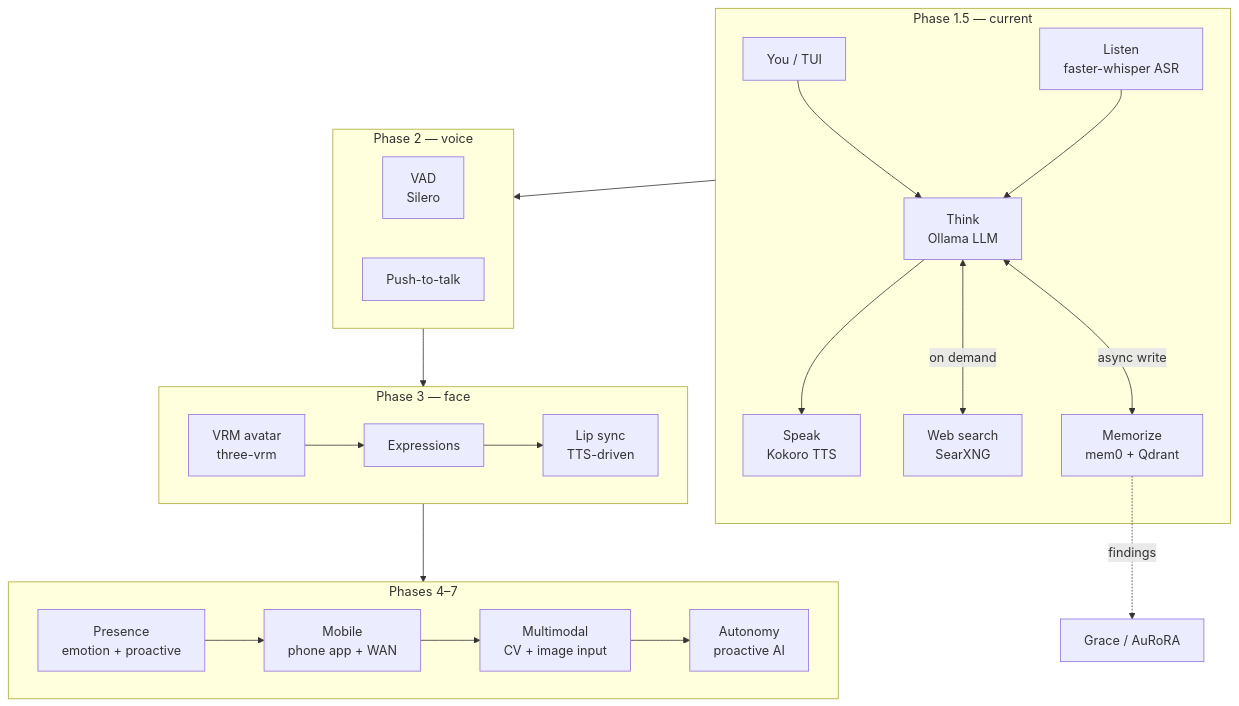
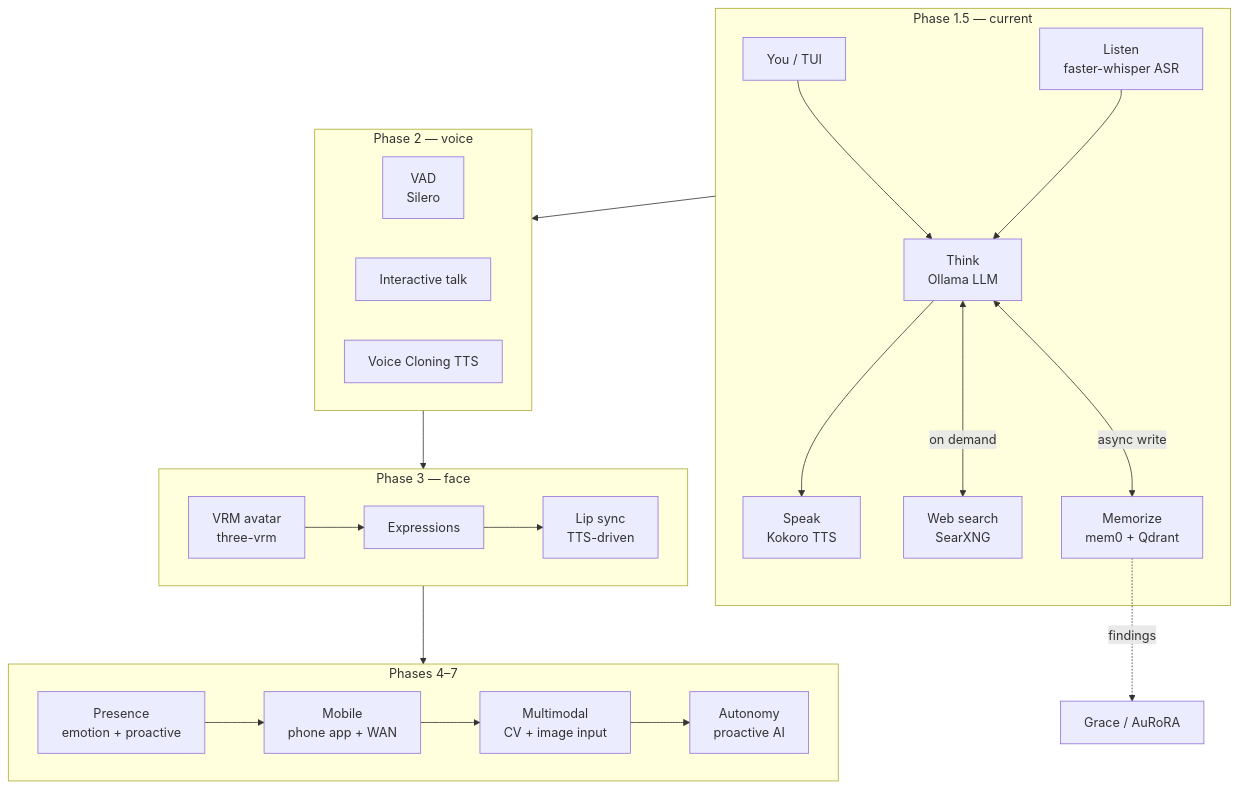
The diagram in README.md (OppaAI/Aiko-chan), drawn with Mermaid before and after one commit.

Commit message:
Add IRT and VCL to Phase 2 in README

````diff
--- a/README.md
+++ b/README.md
@@ -18,31 +18,32 @@
 ```mermaid
 flowchart TD
     subgraph P15["Phase 1.5 — current"]
         YOU[You / TUI] --> THINK[Think\nOllama LLM]
         THINK <-->|async write| MEM[Memorize\nmem0 + Qdrant]
         THINK <-->|on demand| SEARCH[Web search\nSearXNG]
         THINK --> SPEAK[Speak\nKokoro TTS]
         LISTEN[Listen\nfaster-whisper ASR] --> THINK
     end
 
     subgraph P2["Phase 2 — voice"]
         VAD[VAD\nSilero]
-        PTT[Push-to-talk]
+        IRT[Interactive talk]
+        VCL[Voice Cloning TTS]
     end
 
     subgraph P3["Phase 3 — face"]
         VRM[VRM avatar\nthree-vrm] --> EXP[Expressions]
         EXP --> LIPS[Lip sync\nTTS-driven]
     end
 
     subgraph P4567["Phases 4–7"]
         PRESENCE[Presence\nemotion + proactive]
         MOBILE[Mobile\nphone app + WAN]
         MULTI[Multimodal\nCV + image input]
         AUTO[Autonomy\nproactive AI]
         PRESENCE --> MOBILE --> MULTI --> AUTO
     end
 
     P15 --> P2 --> P3 --> P4567
     MEM -.->|findings| GRACE[Grace / AuRoRA]
 ```
````
